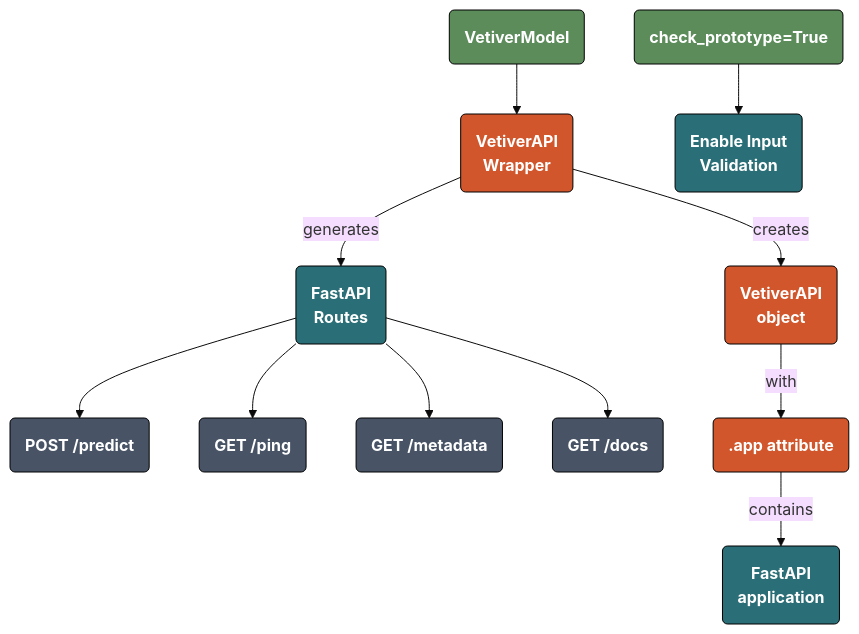
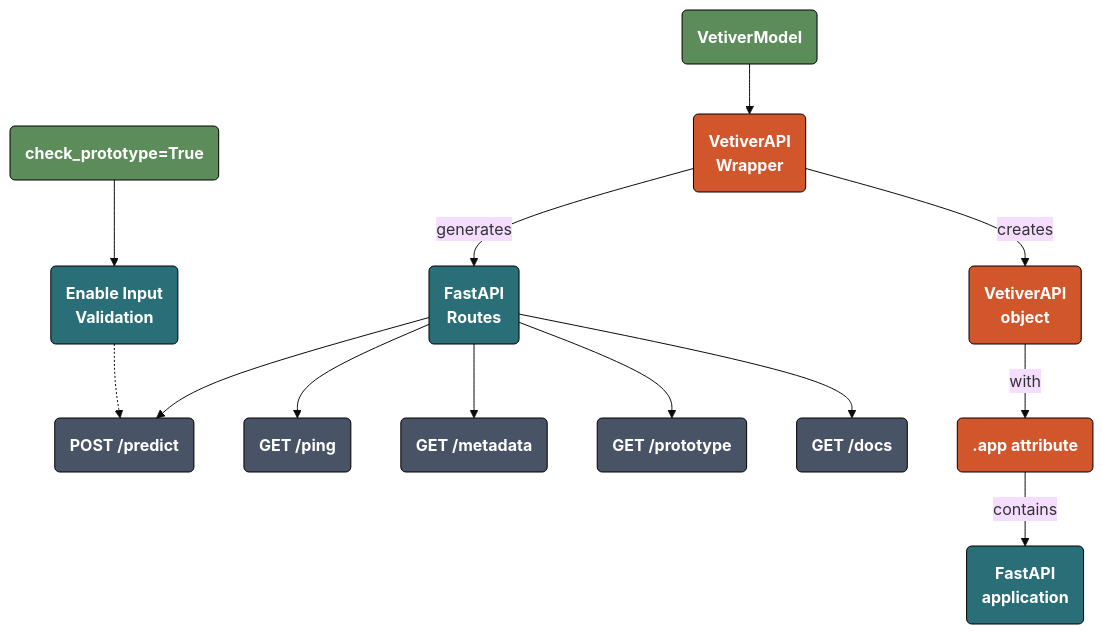
The second of 7 diagrams in py-app-api.qmd (mjfrigaard/do4ds-labs), drawn with Mermaid before and after one commit. The commit also changed other lines of this file and 15 other files, not shown here.

````diff
--- a/py-app-api.qmd
+++ b/py-app-api.qmd
@@ -383,38 +383,41 @@
 ```{mermaid}
 %%| fig-cap: 'mod-api.py'
 %%| fig-align: 'center'
 %%{init: {'theme': 'base', 'look': 'classic', 'themeVariables': {'fontFamily': 'monospace'}}}%%
 
 graph TB
     Mod("<strong>VetiverModel</strong>") --> VApiCon("<strong>VetiverAPI<br>Wrapper</strong>")
     VApiCon --"generates"--> FastAPI("<strong>FastAPI<br>Routes</strong>")
     
     FastAPI --> Post("<strong>POST /predict</strong>")
     FastAPI --> GetPing("<strong>GET /ping</strong>") 
     FastAPI --> GetMeta("<strong>GET /metadata</strong>")
+    FastAPI --> GetProto("<strong>GET /prototype</strong>")
     FastAPI --> GetDocs("<strong>GET /docs</strong>")
-    
+
     CheckProt("<strong>check_prototype=True</strong>") --> Input("<strong>Enable Input<br>Validation</strong>")
+    Input -.-> Post
     
     VApiCon --"creates"--> VApiObj("<strong>VetiverAPI<br>object</strong>")
     VApiObj --"with"--> AppAttr("<strong>.app attribute</strong>")
     
     AppAttr --"contains"--> FastAPIApp("<strong>FastAPI<br>application</strong> ")
     
     style Mod fill:#5B8C5A,stroke:#000000,stroke-width:1px,color:#ffffff
     style CheckProt fill:#5B8C5A,stroke:#000000,stroke-width:1px,color:#ffffff 
     style Input fill:#2A6F77,stroke:#000000,stroke-width:1px,color:#ffffff 
     style VApiCon fill:#D2562B,stroke:#000000,stroke-width:1px,color:#ffffff
     style FastAPI fill:#2A6F77,stroke:#000000,stroke-width:1px,color:#ffffff
 
     style Post fill:#485466,stroke:#000000,stroke-width:1px,color:#ffffff
     style GetPing fill:#485466,stroke:#000000,stroke-width:1px,color:#ffffff
     style GetMeta fill:#485466,stroke:#000000,stroke-width:1px,color:#ffffff
+    style GetProto fill:#485466,stroke:#000000,stroke-width:1px,color:#ffffff
     style GetDocs fill:#485466,stroke:#000000,stroke-width:1px,color:#ffffff
 
     style VApiObj fill:#D2562B,stroke:#000000,stroke-width:1px,color:#ffffff
     style AppAttr fill:#D2562B,stroke:#000000,stroke-width:1px,color:#ffffff
 
     style FastAPIApp fill:#2A6F77,stroke:#000000,stroke-width:1px,color:#ffffff 
    
 ```
````
